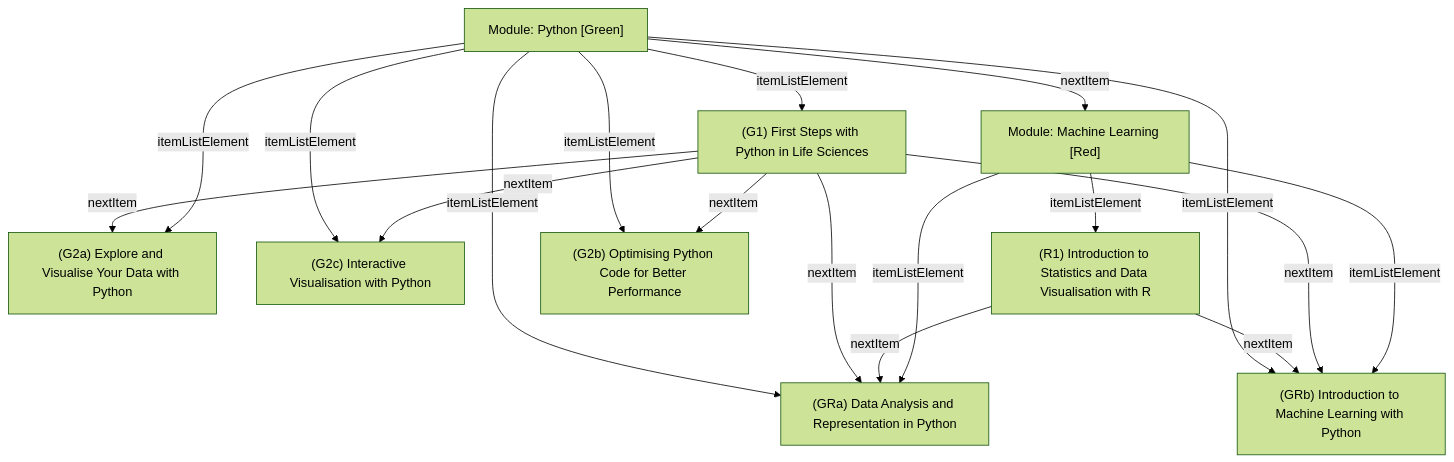
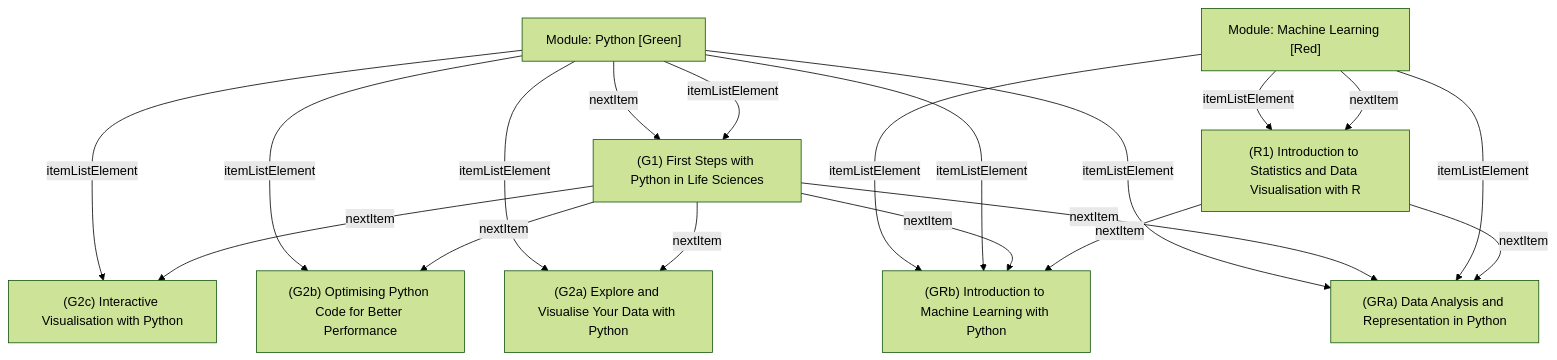
One commit to BioSchemas/LearningPath-sandbox changed the diagram in lp3.mmd. Above: the diagram before and after it, drawn with Mermaid (forest theme). The commit also changed 9 other files, not shown here.

Commit message:
Add nextItem from start of module to first item

```diff
--- a/lp3.mmd
+++ b/lp3.mmd
@@ -1,52 +1,55 @@
 graph TD
 N1["Module: Python [Green]"]
-N8["(GRa) Data Analysis and Representation in Python"]
-N1 -- itemListElement --> N8
-N1["Module: Python [Green]"]
-N9["(GRb) Introduction to Machine Learning with Python"]
-N1 -- itemListElement --> N9
 N2["(G1) First Steps with Python in Life Sciences"]
-N3["(G2a) Explore and Visualise Your Data with Python"]
-N2 -- nextItem --> N3
-N2["(G1) First Steps with Python in Life Sciences"]
-N8["(GRa) Data Analysis and Representation in Python"]
-N2 -- nextItem --> N8
-N1["Module: Python [Green]"]
-N5["(G2c) Interactive Visualisation with Python"]
-N1 -- itemListElement --> N5
-N2["(G1) First Steps with Python in Life Sciences"]
-N5["(G2c) Interactive Visualisation with Python"]
-N2 -- nextItem --> N5
+N1 -- itemListElement --> N2
 N7["(R1) Introduction to Statistics and Data Visualisation with R"]
 N8["(GRa) Data Analysis and Representation in Python"]
 N7 -- nextItem --> N8
 N7["(R1) Introduction to Statistics and Data Visualisation with R"]
 N9["(GRb) Introduction to Machine Learning with Python"]
 N7 -- nextItem --> N9
+N2["(G1) First Steps with Python in Life Sciences"]
+N5["(G2c) Interactive Visualisation with Python"]
+N2 -- nextItem --> N5
+N6["Module: Machine Learning [Red]"]
+N7["(R1) Introduction to Statistics and Data Visualisation with R"]
+N6 -- nextItem --> N7
 N1["Module: Python [Green]"]
-N4["(G2b) Optimising Python Code for Better Performance"]
-N1 -- itemListElement --> N4
+N5["(G2c) Interactive Visualisation with Python"]
+N1 -- itemListElement --> N5
+N2["(G1) First Steps with Python in Life Sciences"]
+N9["(GRb) Introduction to Machine Learning with Python"]
+N2 -- nextItem --> N9
+N1["Module: Python [Green]"]
+N9["(GRb) Introduction to Machine Learning with Python"]
+N1 -- itemListElement --> N9
 N2["(G1) First Steps with Python in Life Sciences"]
 N4["(G2b) Optimising Python Code for Better Performance"]
 N2 -- nextItem --> N4
 N1["Module: Python [Green]"]
-N6["Module: Machine Learning [Red]"]
-N1 -- nextItem --> N6
-N6["Module: Machine Learning [Red]"]
-N7["(R1) Introduction to Statistics and Data Visualisation with R"]
-N6 -- itemListElement --> N7
-N2["(G1) First Steps with Python in Life Sciences"]
-N9["(GRb) Introduction to Machine Learning with Python"]
-N2 -- nextItem --> N9
-N1["Module: Python [Green]"]
-N3["(G2a) Explore and Visualise Your Data with Python"]
-N1 -- itemListElement --> N3
-N1["Module: Python [Green]"]
-N2["(G1) First Steps with Python in Life Sciences"]
-N1 -- itemListElement --> N2
+N4["(G2b) Optimising Python Code for Better Performance"]
+N1 -- itemListElement --> N4
 N6["Module: Machine Learning [Red]"]
 N8["(GRa) Data Analysis and Representation in Python"]
 N6 -- itemListElement --> N8
 N6["Module: Machine Learning [Red]"]
 N9["(GRb) Introduction to Machine Learning with Python"]
 N6 -- itemListElement --> N9
+N2["(G1) First Steps with Python in Life Sciences"]
+N3["(G2a) Explore and Visualise Your Data with Python"]
+N2 -- nextItem --> N3
+N1["Module: Python [Green]"]
+N3["(G2a) Explore and Visualise Your Data with Python"]
+N1 -- itemListElement --> N3
+N1["Module: Python [Green]"]
+N2["(G1) First Steps with Python in Life Sciences"]
+N1 -- nextItem --> N2
+N2["(G1) First Steps with Python in Life Sciences"]
+N8["(GRa) Data Analysis and Representation in Python"]
+N2 -- nextItem --> N8
+N6["Module: Machine Learning [Red]"]
+N7["(R1) Introduction to Statistics and Data Visualisation with R"]
+N6 -- itemListElement --> N7
+N1["Module: Python [Green]"]
+N8["(GRa) Data Analysis and Representation in Python"]
+N1 -- itemListElement --> N8
```
